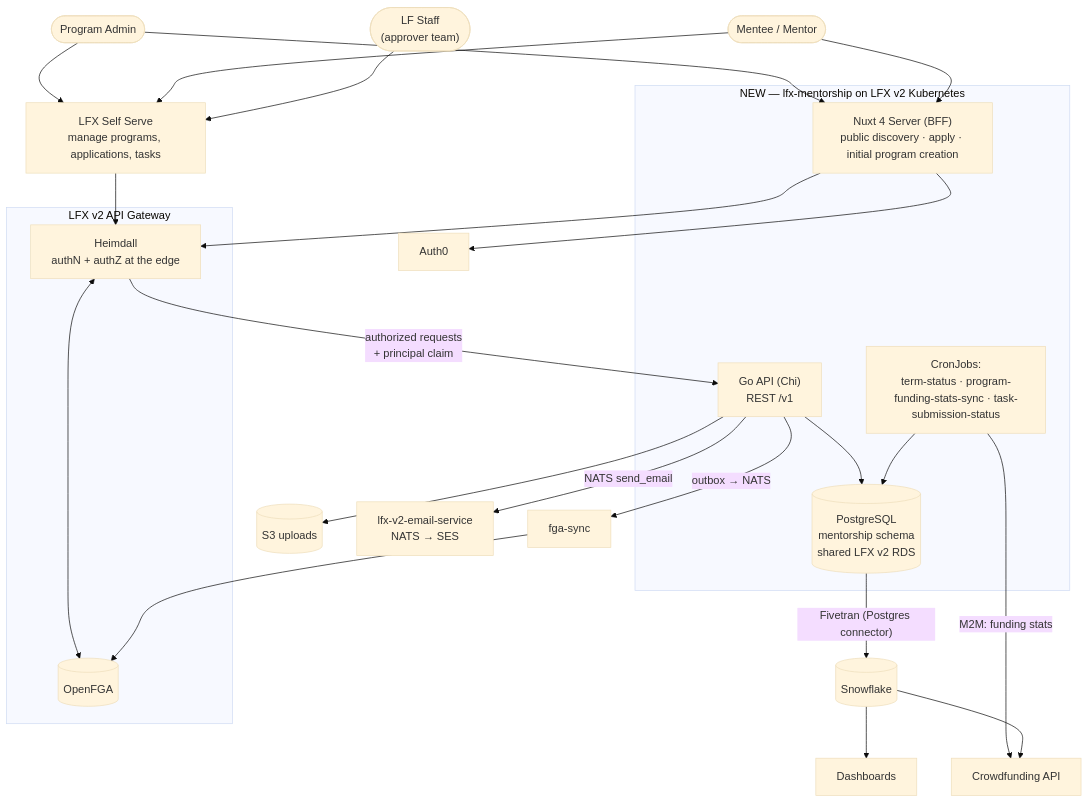
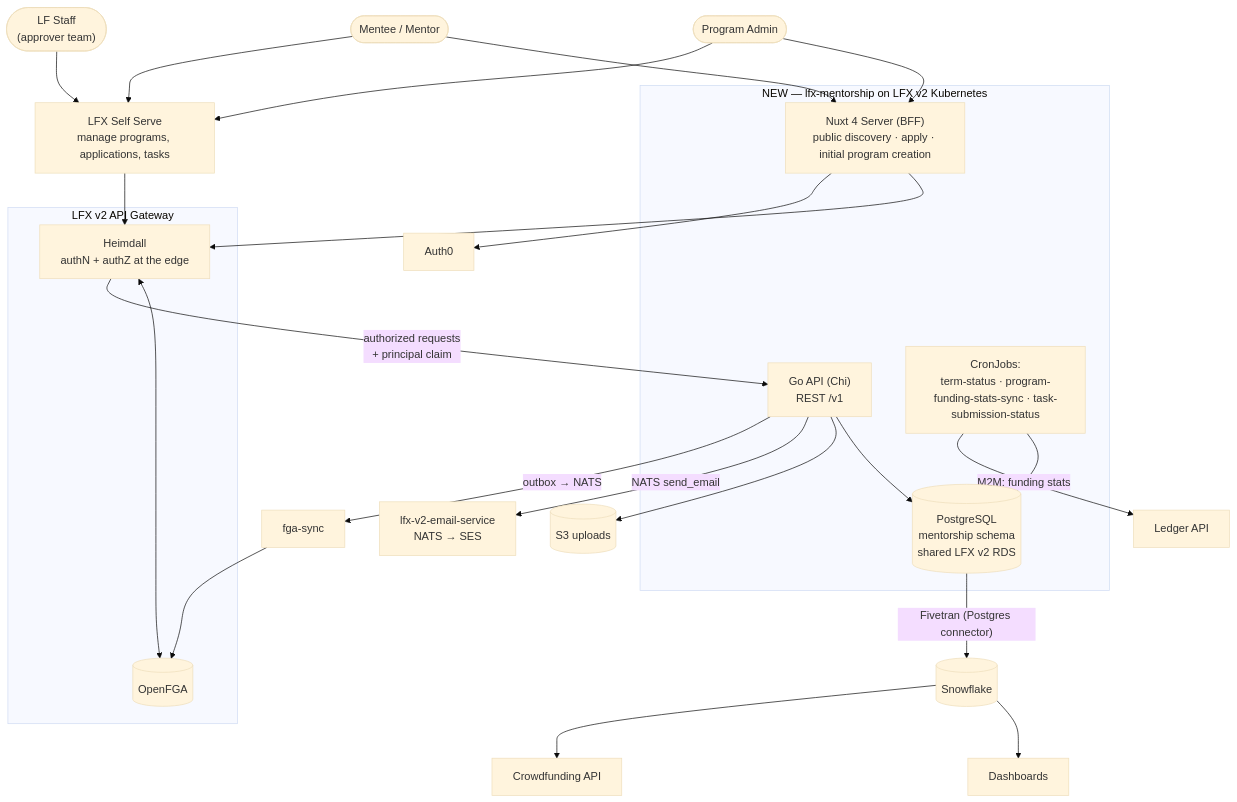
The first of 2 diagrams in docs/rewrite/02-target-architecture.md (linuxfoundation/lfx-mentorship), drawn with Mermaid (base theme) before and after one commit. The commit also changed other lines of this file and 2 other files, not shown here.

First line of the commit message:
docs: resolve funding-flow contradictions and name the program-admin gap

````diff
--- a/docs/rewrite/02-target-architecture.md
+++ b/docs/rewrite/02-target-architecture.md
@@ -22,45 +22,46 @@
 ```mermaid
 flowchart TB
     ADMIN(["Program Admin"])
     USERS(["Mentee / Mentor"])
     SUPER(["LF Staff<br/>(approver team)"])
 
     subgraph GW["LFX v2 API Gateway"]
         HEIMDALL["Heimdall<br/>authN + authZ at the edge"]
         FGA[("OpenFGA")]
     end
 
     subgraph K8S["NEW — lfx-mentorship on LFX v2 Kubernetes"]
         NUXT["Nuxt 4 Server (BFF)<br/>public discovery · apply · initial program creation"]
         API["Go API (Chi)<br/>REST /v1"]
         PG[("PostgreSQL<br/>mentorship schema<br/>shared LFX v2 RDS")]
         CRONS["CronJobs:<br/>term-status · program-funding-stats-sync · task-submission-status"]
     end
 
     SS["LFX Self Serve<br/>manage programs, applications, tasks"]
     SYNC["fga-sync"]
     AUTH0["Auth0"]
     S3[("S3 uploads")]
     EMAIL["lfx-v2-email-service<br/>NATS → SES"]
     CFAPI["Crowdfunding API"]
+    LEDGER["Ledger API"]
     SF[("Snowflake")]
     DASH["Dashboards"]
 
     ADMIN & USERS --> NUXT
     ADMIN & USERS & SUPER --> SS
     NUXT --> HEIMDALL
     SS --> HEIMDALL
     HEIMDALL <--> FGA
     HEIMDALL -- "authorized requests<br/>+ principal claim" --> API
     NUXT --> AUTH0
     API --> PG
     API --> S3
     API -- "NATS send_email" --> EMAIL
     API -- "outbox → NATS" --> SYNC
     SYNC --> FGA
     CRONS --> PG
-    CRONS -- "M2M: funding stats" --> CFAPI
+    CRONS -- "M2M: funding stats" --> LEDGER
     PG -- "Fivetran (Postgres connector)" --> SF
     SF --> DASH
     SF --> CFAPI
 ```
````
